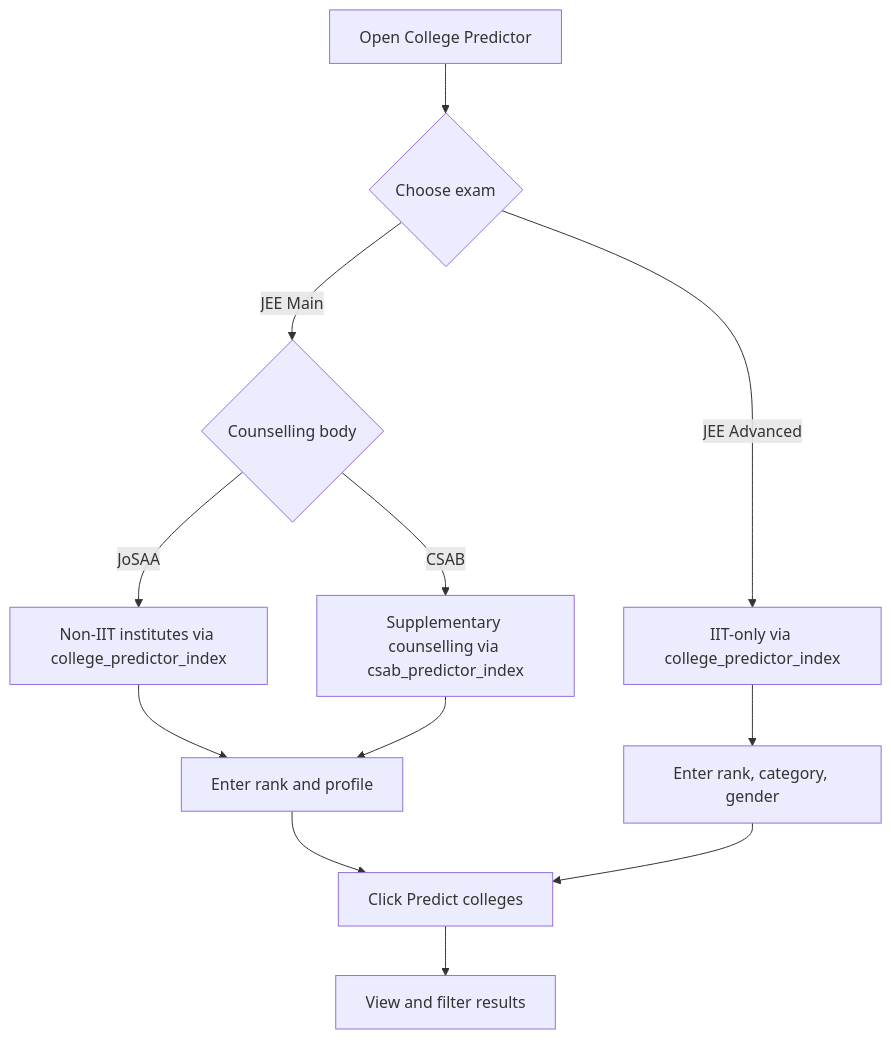
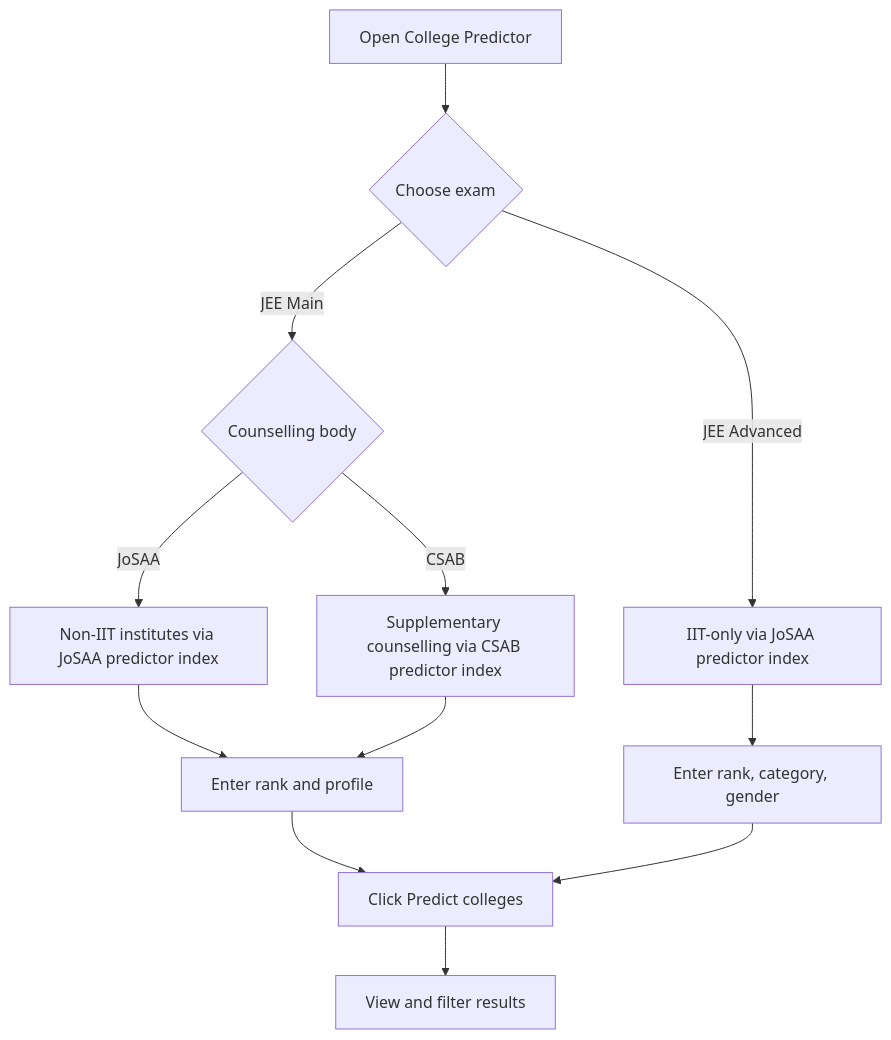
Before and after one commit to su6u/ejam: the diagram in docs/college-predictor/learn/getting-started.md, drawn with Mermaid. The commit also changed 11 other files, not shown here.

````diff
--- a/docs/college-predictor/learn/getting-started.md
+++ b/docs/college-predictor/learn/getting-started.md
@@ -18,14 +18,14 @@
 ```mermaid
 flowchart TD
     A[Open College Predictor] --> B{Choose exam}
     B -->|JEE Main| C{Counselling body}
-    C -->|JoSAA| D[Non-IIT institutes via college_predictor_index]
-    C -->|CSAB| E[Supplementary counselling via csab_predictor_index]
-    B -->|JEE Advanced| F[IIT-only via college_predictor_index]
+    C -->|JoSAA| D[Non-IIT institutes via JoSAA predictor index]
+    C -->|CSAB| E[Supplementary counselling via CSAB predictor index]
+    B -->|JEE Advanced| F[IIT-only via JoSAA predictor index]
     D --> G[Enter rank and profile]
     E --> G
     F --> H[Enter rank, category, gender]
     G --> I[Click Predict colleges]
     H --> I
     I --> J[View and filter results]
 ```
````
